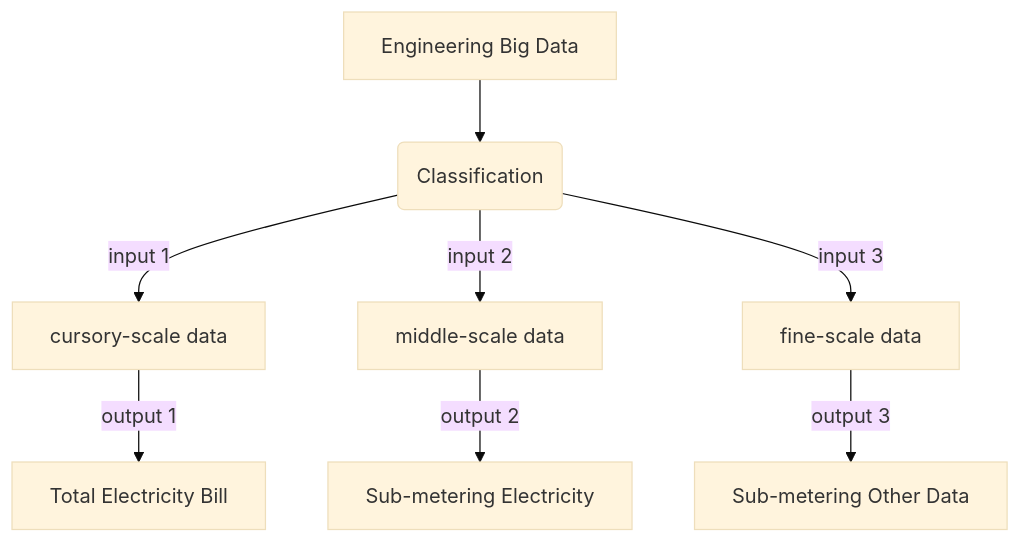
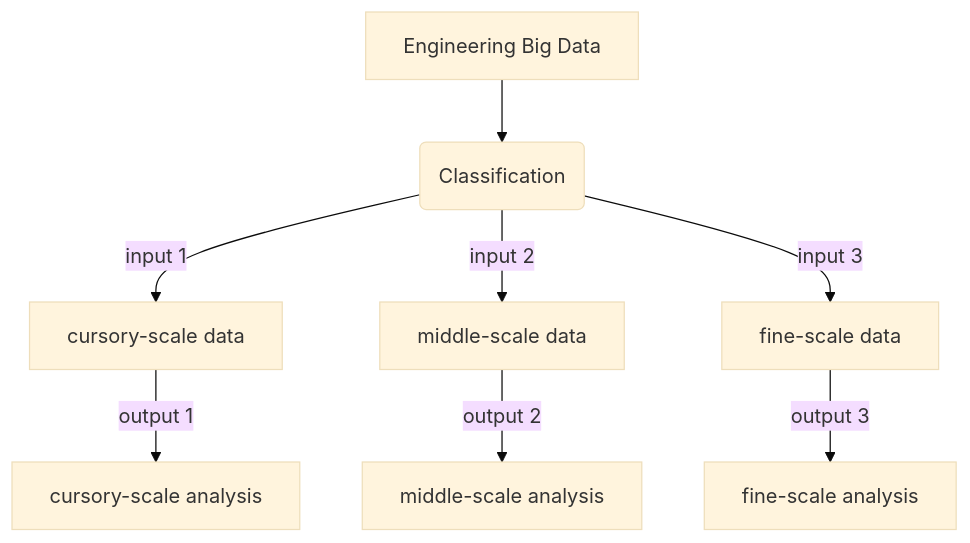
Before and after one commit to Hurricane-k/carry-bio: the diagram in content/posts/blog13/index.md, drawn with Mermaid (base theme). The commit also changed 1 other file, not shown here.

Commit message:
change something in blog 13

```diff
--- a/content/posts/blog13/index.md
+++ b/content/posts/blog13/index.md
@@ -19,10 +19,10 @@
 {{<mermaid>}}
 flowchart TD
     A[Engineering Big Data] --> B(Classification)
     B -->|input 1| C[cursory-scale data]
     B -->|input 2| D[middle-scale data]
     B -->|input 3| E[fine-scale data]
-    C -->|output 1| F[Total Electricity Bill]
-    D -->|output 2| G[Sub-metering Electricity]
-    E -->|output 3| H[Sub-metering Other Data]
+    C -->|output 1| F[cursory-scale analysis]
+    D -->|output 2| G[middle-scale analysis]
+    E -->|output 3| H[fine-scale analysis]
 {{</mermaid>}}
```
